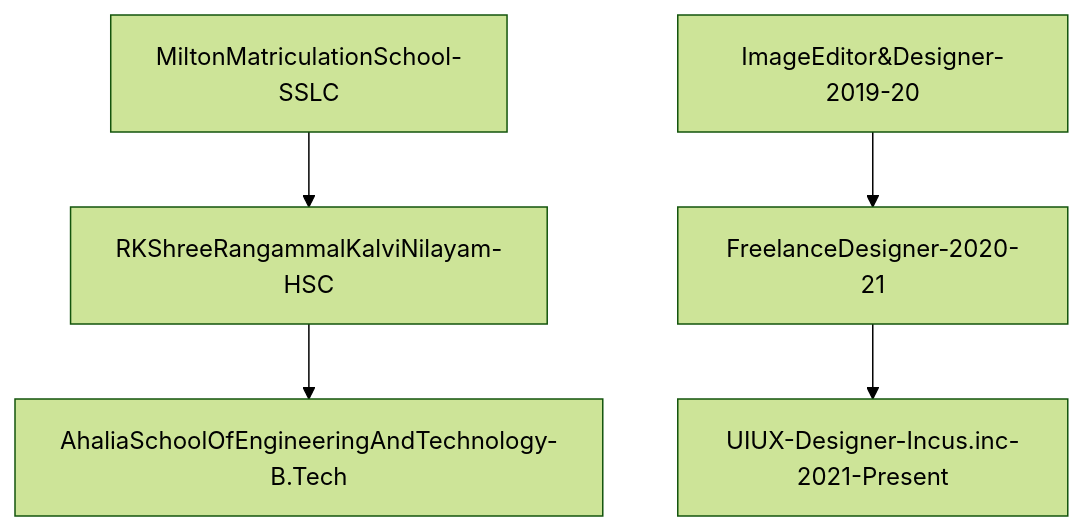
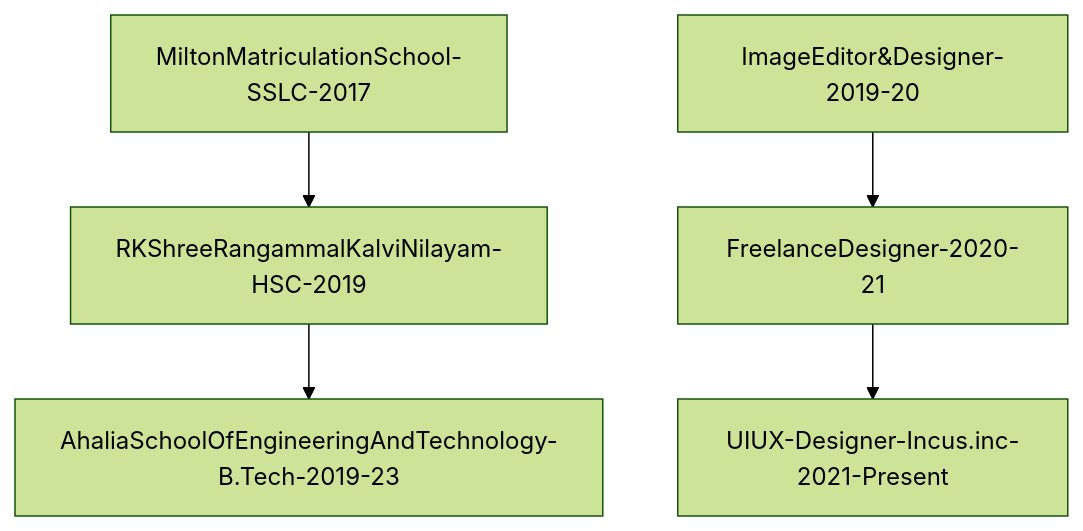
Before and after one commit to hariprasd/hariprasd: the diagram in README.md, drawn with Mermaid (forest theme).

````diff
--- a/README.md
+++ b/README.md
@@ -33,7 +33,7 @@
 ```mermaid
 graph TD;
-    MiltonMatriculationSchool-SSLC-->RKShreeRangammalKalviNilayam-HSC;
-    RKShreeRangammalKalviNilayam-HSC-->AhaliaSchoolOfEngineeringAndTechnology-B.Tech;
+    MiltonMatriculationSchool-SSLC-2017-->RKShreeRangammalKalviNilayam-HSC-2019;
+    RKShreeRangammalKalviNilayam-HSC-2019-->AhaliaSchoolOfEngineeringAndTechnology-B.Tech-2019-23;
     ImageEditor&Designer-2019-20-->FreelanceDesigner-2020-21;
     FreelanceDesigner-2020-21-->UIUX-Designer-Incus.inc-2021-Present;
 ```
````
